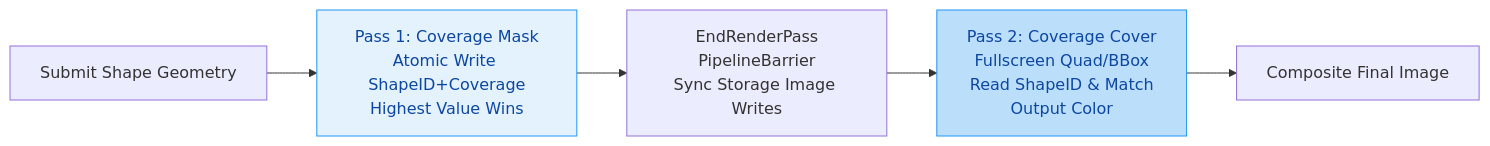
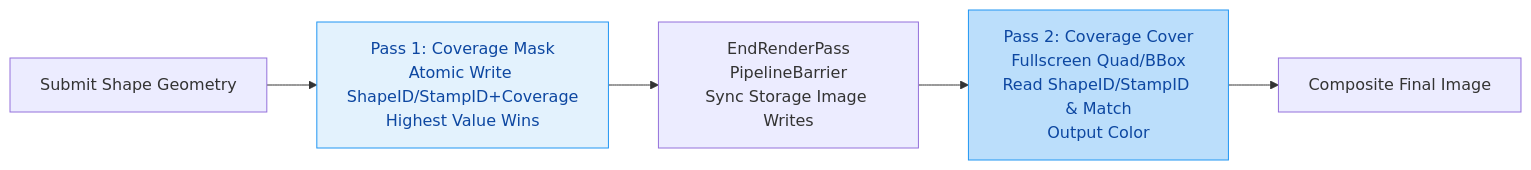
One commit to BeRo1985/pasvulkan changed the diagram in docs/canvas_transparency_rendering.md. Above: the diagram before and after it, drawn with Mermaid. The commit also changed other lines of this file, not shown here.

````diff
--- a/docs/canvas_transparency_rendering.md
+++ b/docs/canvas_transparency_rendering.md
@@ -29,10 +29,10 @@
 ```mermaid
 flowchart LR
-    A[Submit Shape Geometry] --> B[Pass 1: Coverage Mask<br>Atomic Write ShapeID+Coverage<br>Highest Value Wins]
+    A[Submit Shape Geometry] --> B[Pass 1: Coverage Mask<br>Atomic Write ShapeID/StampID+Coverage<br>Highest Value Wins]
     B --> C[EndRenderPass<br>PipelineBarrier<br>Sync Storage Image Writes]
-    C --> D[Pass 2: Coverage Cover<br>Fullscreen Quad/BBox<br>Read ShapeID & Match<br>Output Color]
+    C --> D[Pass 2: Coverage Cover<br>Fullscreen Quad/BBox<br>Read ShapeID/StampID & Match<br>Output Color]
     D --> E[Composite Final Image]
 
     style B fill:#e3f2fd,stroke:#2196f3,color:#0d47a1
     style D fill:#bbdefb,stroke:#2196f3,color:#0d47a1
 ```
````
